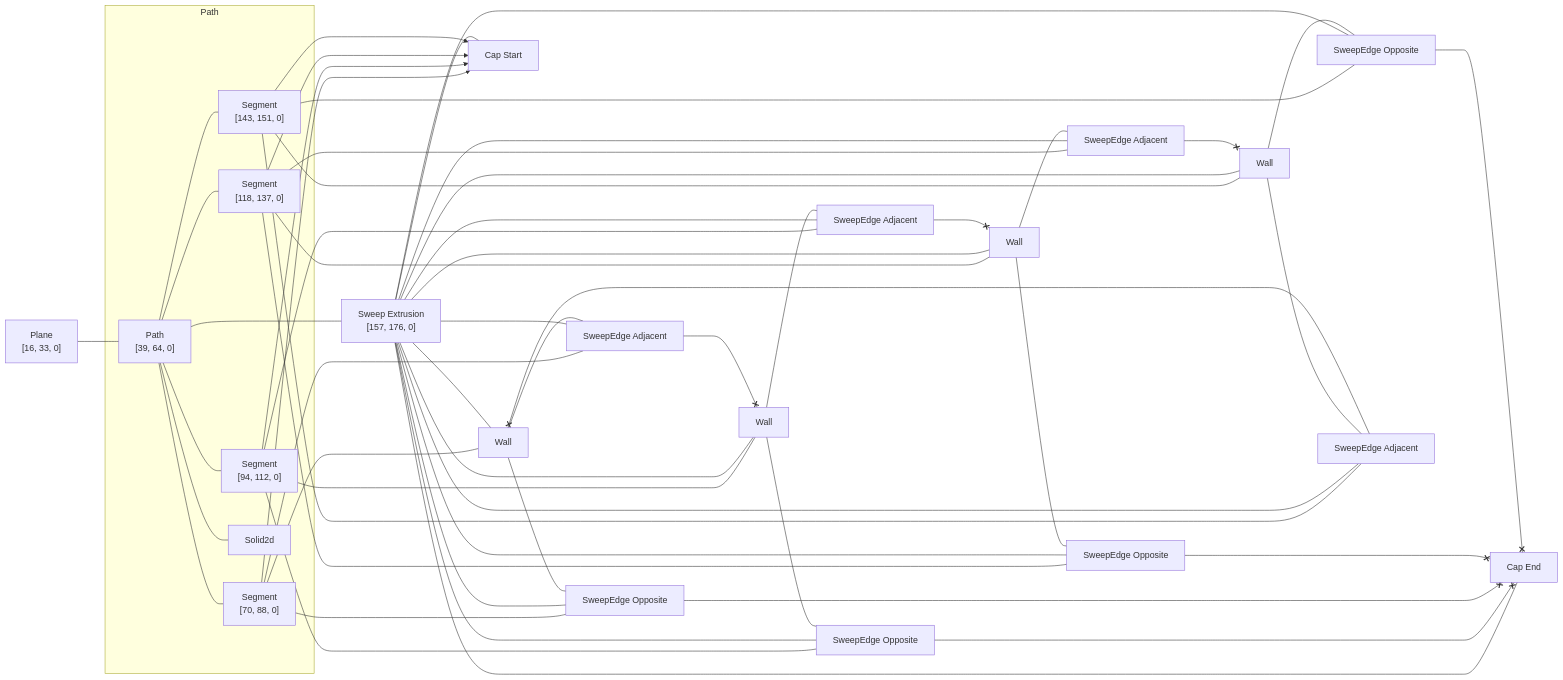
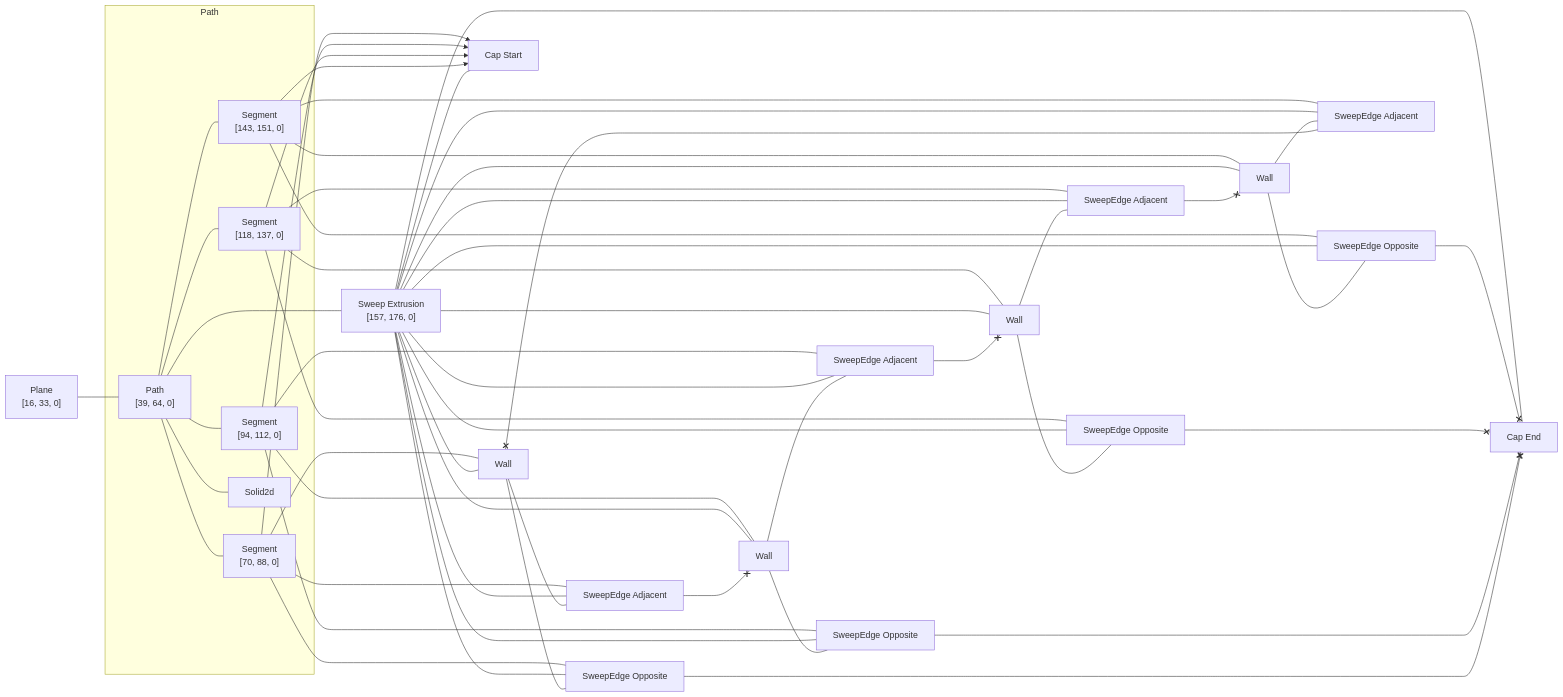
The diagram in rust/kcl-lib/tests/circular_pattern3d_a_pattern/artifact_graph_flowchart.snap.md (rajgandhi1/modeling-app), drawn with Mermaid before and after one commit. The commit also changed 101 other files, not shown here.

````diff
--- a/rust/kcl-lib/tests/circular_pattern3d_a_pattern/artifact_graph_flowchart.snap.md
+++ b/rust/kcl-lib/tests/circular_pattern3d_a_pattern/artifact_graph_flowchart.snap.md
@@ -1,80 +1,80 @@
 ```mermaid
 flowchart LR
   subgraph path2 [Path]
     2["Path<br>[39, 64, 0]"]
     3["Segment<br>[70, 88, 0]"]
     4["Segment<br>[94, 112, 0]"]
     5["Segment<br>[118, 137, 0]"]
     6["Segment<br>[143, 151, 0]"]
     7[Solid2d]
   end
   1["Plane<br>[16, 33, 0]"]
   8["Sweep Extrusion<br>[157, 176, 0]"]
   9[Wall]
   10[Wall]
   11[Wall]
   12[Wall]
   13["Cap Start"]
   14["Cap End"]
   15["SweepEdge Opposite"]
   16["SweepEdge Opposite"]
   17["SweepEdge Opposite"]
   18["SweepEdge Opposite"]
   19["SweepEdge Adjacent"]
   20["SweepEdge Adjacent"]
   21["SweepEdge Adjacent"]
   22["SweepEdge Adjacent"]
   1 --- 2
   2 --- 3
   2 --- 4
   2 --- 5
   2 --- 6
   2 --- 7
   2 ---- 8
   3 --- 12
   3 x--> 13
-  3 --- 16
-  3 --- 19
+  3 --- 18
+  3 --- 22
   4 --- 10
   4 x--> 13
-  4 --- 15
-  4 --- 22
+  4 --- 17
+  4 --- 21
   5 --- 9
   5 x--> 13
-  5 --- 17
-  5 --- 21
+  5 --- 16
+  5 --- 20
   6 --- 11
   6 x--> 13
-  6 --- 18
-  6 --- 20
+  6 --- 15
+  6 --- 19
   8 --- 9
   8 --- 10
   8 --- 11
   8 --- 12
   8 --- 13
   8 --- 14
   8 --- 15
   8 --- 16
   8 --- 17
   8 --- 18
   8 --- 19
   8 --- 20
   8 --- 21
   8 --- 22
-  9 --- 17
-  9 --- 21
-  22 <--x 9
-  10 --- 15
-  19 <--x 10
-  10 --- 22
-  11 --- 18
-  11 --- 20
-  21 <--x 11
-  12 --- 16
-  12 --- 19
-  20 <--x 12
+  9 --- 16
+  9 --- 20
+  21 <--x 9
+  10 --- 17
+  10 --- 21
+  22 <--x 10
+  11 --- 15
+  11 --- 19
+  20 <--x 11
+  12 --- 18
+  19 <--x 12
+  12 --- 22
   15 <--x 14
   16 <--x 14
   17 <--x 14
   18 <--x 14
 ```
````
